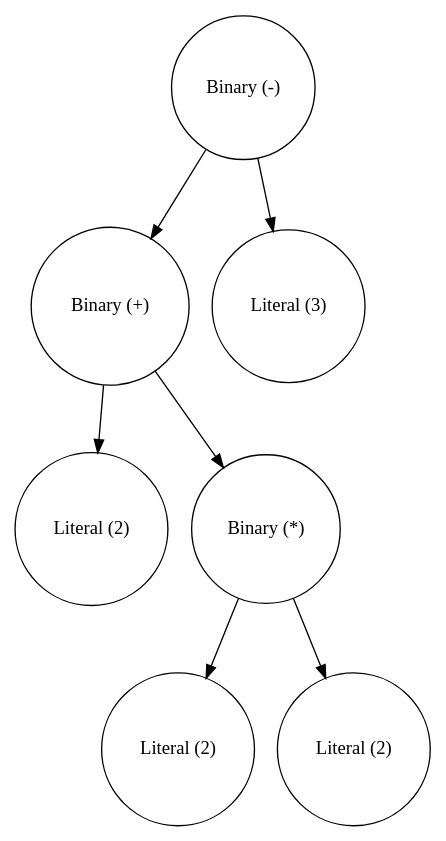
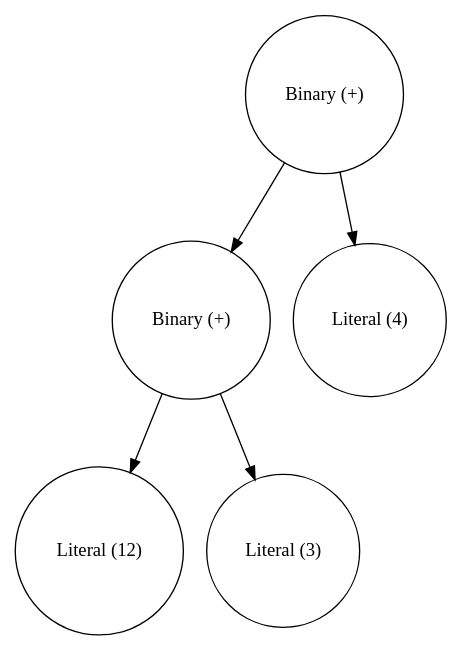
Before and after one commit to chosti34/CompilerCreationTool: the diagram in CompilerCreationTool/CompilerCreationTool/ast.dot, drawn with Graphviz. The commit also changed 23 other files, not shown here.

```diff
--- a/CompilerCreationTool/CompilerCreationTool/ast.dot
+++ b/CompilerCreationTool/CompilerCreationTool/ast.dot
@@ -1,15 +1,11 @@
 digraph {
-0 [shape="circle" label="Binary (-)"];
+0 [shape="circle" label="Binary (+)"];
 1 [shape="circle" label="Binary (+)"];
-2 [shape="circle" label="Literal (2)"];
-3 [shape="circle" label="Binary (*)"];
-4 [shape="circle" label="Literal (2)"];
-5 [shape="circle" label="Literal (2)"];
-3->4 [label=" "];
-3->5 [label=" "];
+2 [shape="circle" label="Literal (12)"];
+3 [shape="circle" label="Literal (3)"];
 1->2 [label=" "];
 1->3 [label=" "];
-6 [shape="circle" label="Literal (3)"];
+4 [shape="circle" label="Literal (4)"];
 0->1 [label=" "];
-0->6 [label=" "];
+0->4 [label=" "];
 }
```
